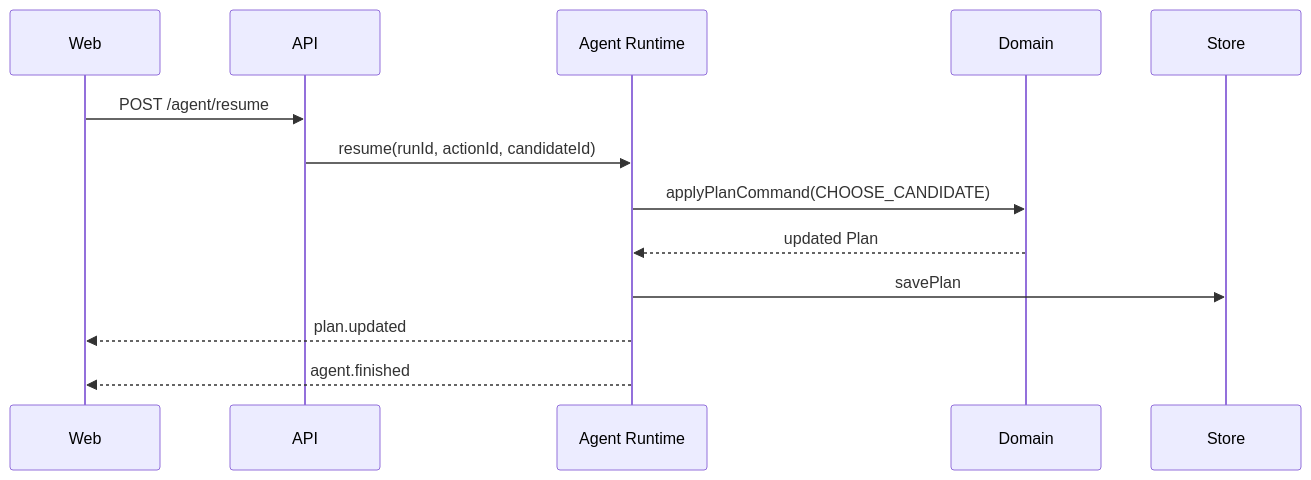
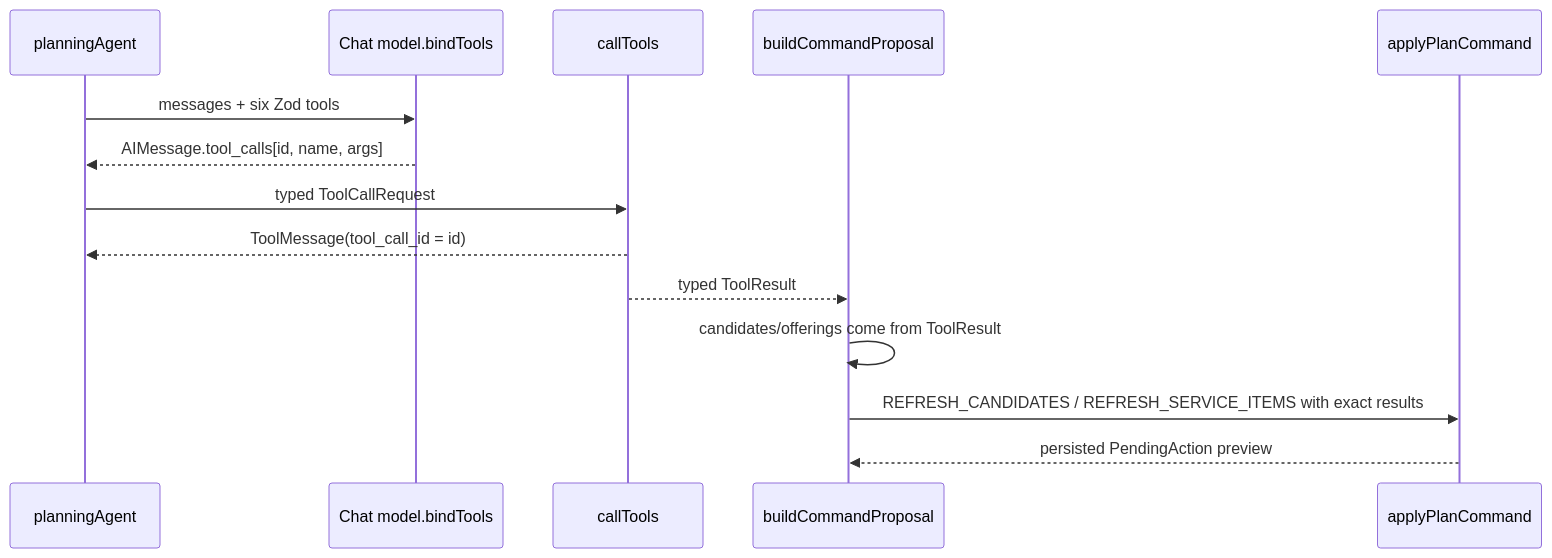
One commit to zenojor/plan-pal-agentic changed the second of 2 diagrams in docs/agent-flow.md. Above: the diagram before and after it, drawn with Mermaid. The commit also changed other lines of this file and 55 other files, not shown here.

Commit message:
refactor: ship recoverable LangGraph agent runtime

````diff
--- a/docs/agent-flow.md
+++ b/docs/agent-flow.md
@@ -368,16 +105,17 @@
 ```mermaid
 sequenceDiagram
-  participant W as Web
-  participant A as API
-  participant R as Agent Runtime
-  participant D as Domain
-  participant S as Store
+  participant G as planningAgent
+  participant M as Chat model.bindTools
+  participant T as callTools
+  participant P as buildCommandProposal
+  participant D as applyPlanCommand
 
-  W->>A: POST /agent/resume
-  A->>R: resume(runId, actionId, candidateId)
-  R->>D: applyPlanCommand(CHOOSE_CANDIDATE)
-  D-->>R: updated Plan
-  R->>S: savePlan
-  R-->>W: plan.updated
-  R-->>W: agent.finished
+  G->>M: messages + six Zod tools
+  M-->>G: AIMessage.tool_calls[id, name, args]
+  G->>T: typed ToolCallRequest
+  T-->>G: ToolMessage(tool_call_id = id)
+  T-->>P: typed ToolResult
+  P->>P: candidates/offerings come from ToolResult
+  P->>D: REFRESH_CANDIDATES / REFRESH_SERVICE_ITEMS with exact results
+  D-->>P: persisted PendingAction preview
 ```
````
